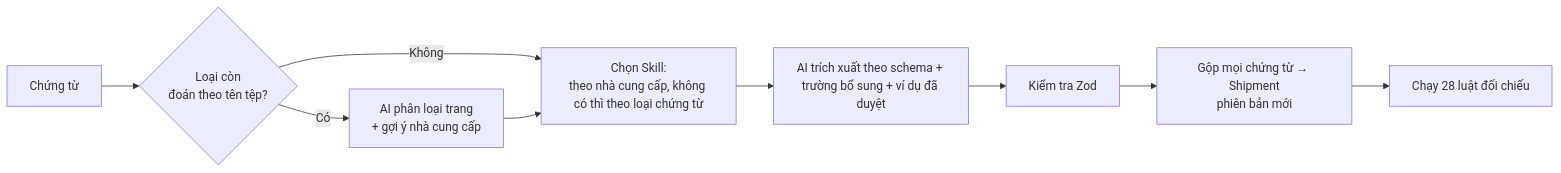
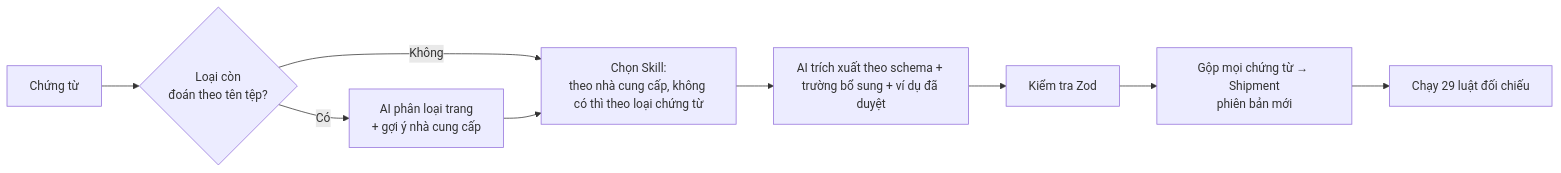
Before and after one commit to minhnhacmu2308/chung-tu-hq: the fifth of 8 diagrams in docs/QUY-TRINH-NGHIEP-VU.md, drawn with Mermaid. The commit also changed other lines of this file and 82 other files, not shown here.

````diff
--- a/docs/QUY-TRINH-NGHIEP-VU.md
+++ b/docs/QUY-TRINH-NGHIEP-VU.md
@@ -148,9 +148,9 @@
 ```mermaid
 flowchart LR
   U[Chứng từ] --> C{Loại còn<br/>đoán theo tên tệp?}
   C -- Có --> AI1[AI phân loại trang<br/>+ gợi ý nhà cung cấp]
   C -- Không --> SK
   AI1 --> SK[Chọn Skill:<br/>theo nhà cung cấp, không có thì theo loại chứng từ]
   SK --> AI2[AI trích xuất theo schema + trường bổ sung + ví dụ đã duyệt]
-  AI2 --> Z[Kiểm tra Zod] --> M[Gộp mọi chứng từ → Shipment<br/>phiên bản mới] --> V[Chạy 28 luật đối chiếu]
+  AI2 --> Z[Kiểm tra Zod] --> M[Gộp mọi chứng từ → Shipment<br/>phiên bản mới] --> V[Chạy 29 luật đối chiếu]
 ```
````
